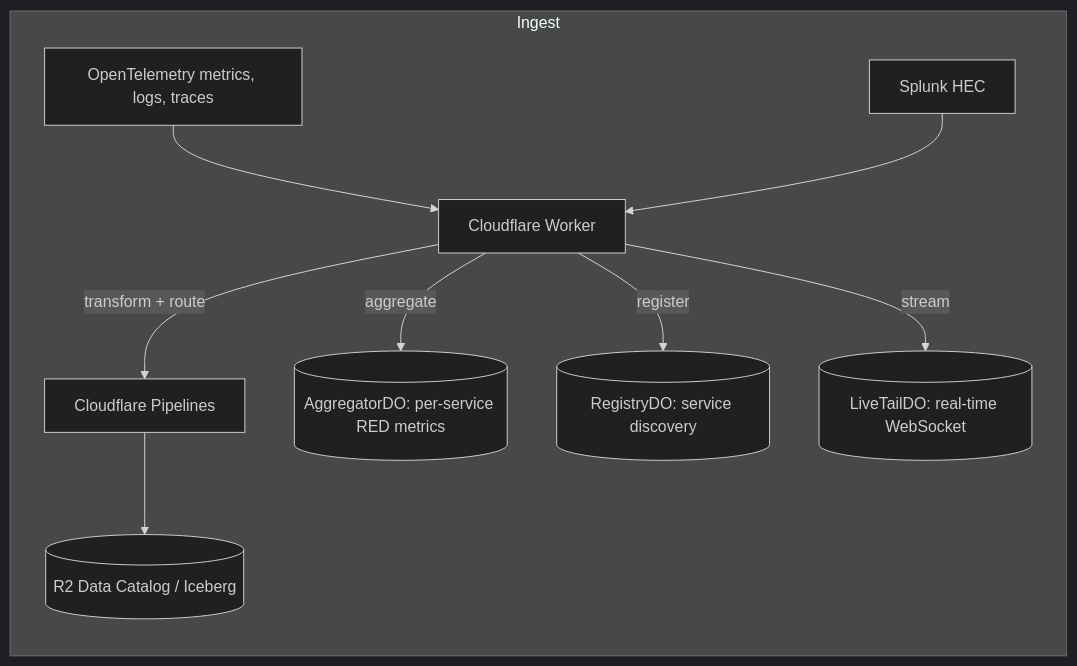
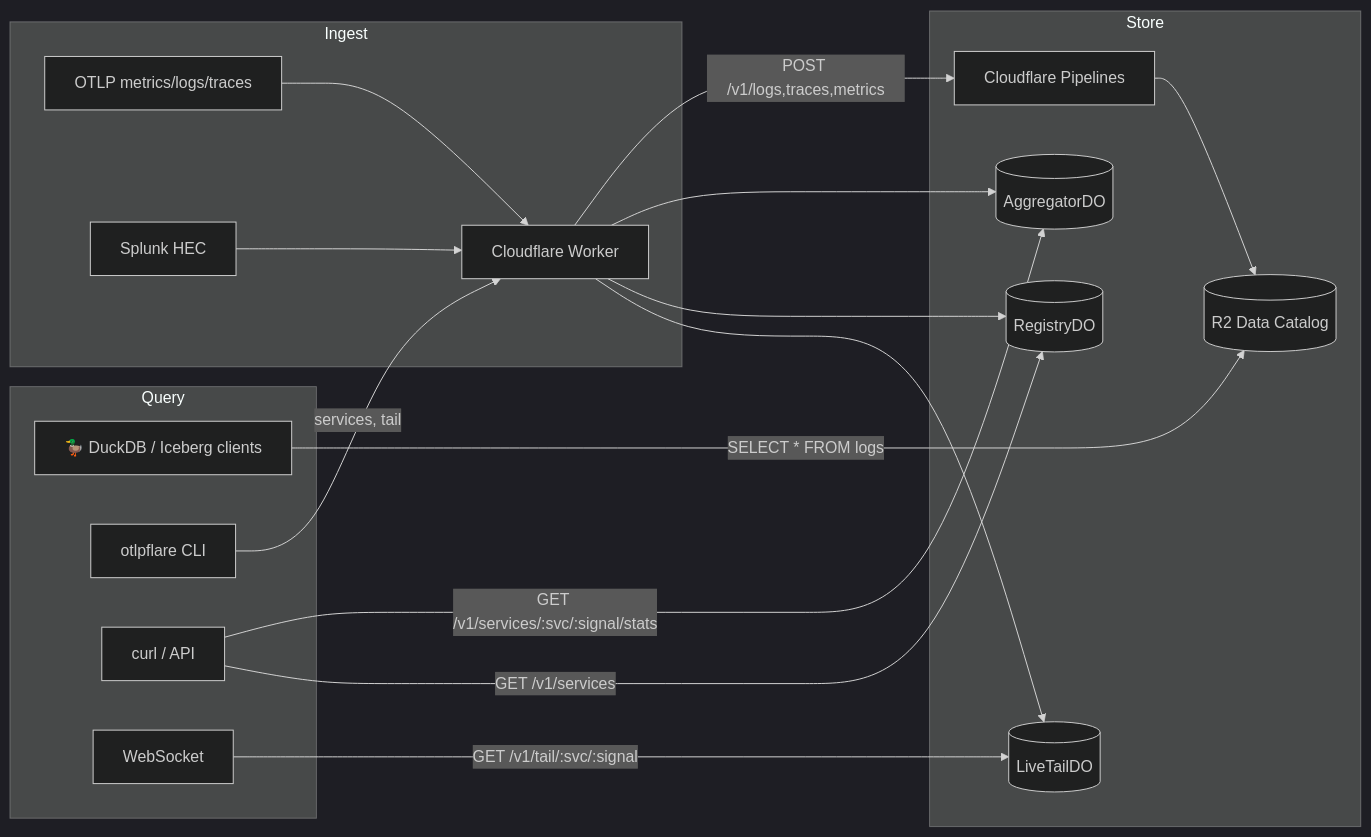
Before and after one commit to smithclay/otlp2pipeline: the diagram in README.md, drawn with Mermaid (dark theme).

Commit message:
docs: update mermaid diagram with query endpoints

````diff
--- a/README.md
+++ b/README.md
@@ -9,12 +9,23 @@
 ```mermaid
 flowchart LR
     subgraph Ingest["Ingest"]
-        OTLP[OpenTelemetry metrics, logs, traces] --> W[Cloudflare Worker]
+        OTLP[OTLP metrics/logs/traces] --> W[Cloudflare Worker]
         HEC[Splunk HEC] --> W
-        W -->|transform + route| P[Cloudflare Pipelines]
-        P --> R2[(R2 Data Catalog / Iceberg)]
-        W -->|aggregate| ADO[("AggregatorDO: per-service RED metrics")]
-        W -->|register| RDO[("RegistryDO: service discovery")]
-        W -->|stream| LDO[("LiveTailDO: real-time WebSocket")]
+    end
+
+    subgraph Store["Store"]
+        W -->|POST /v1/logs,traces,metrics| P[Cloudflare Pipelines]
+        P --> R2[(R2 Data Catalog)]
+        W --> ADO[("AggregatorDO")]
+        W --> RDO[("RegistryDO")]
+        W --> LDO[("LiveTailDO")]
+    end
+
+    subgraph Query["Query"]
+        DuckDB[🦆 DuckDB / Iceberg clients] -->|SELECT * FROM logs| R2
+        CLI[otlpflare CLI] -->|services, tail| W
+        API[curl / API] -->|GET /v1/services/:svc/:signal/stats| ADO
+        API -->|GET /v1/services| RDO
+        WS[WebSocket] -->|GET /v1/tail/:svc/:signal| LDO
     end
 ```
````
